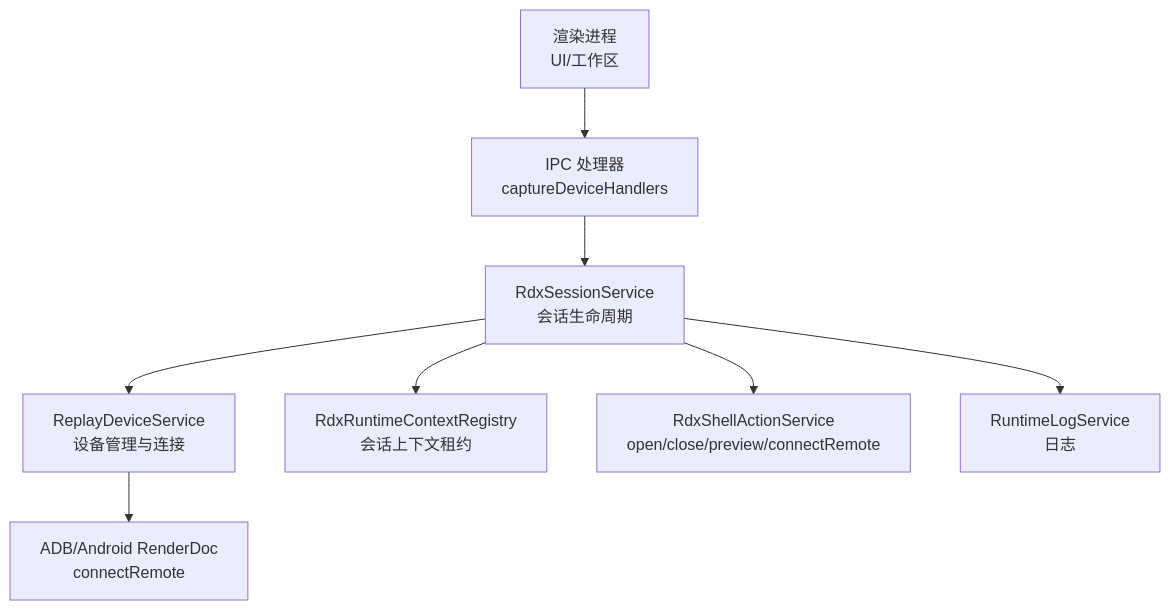
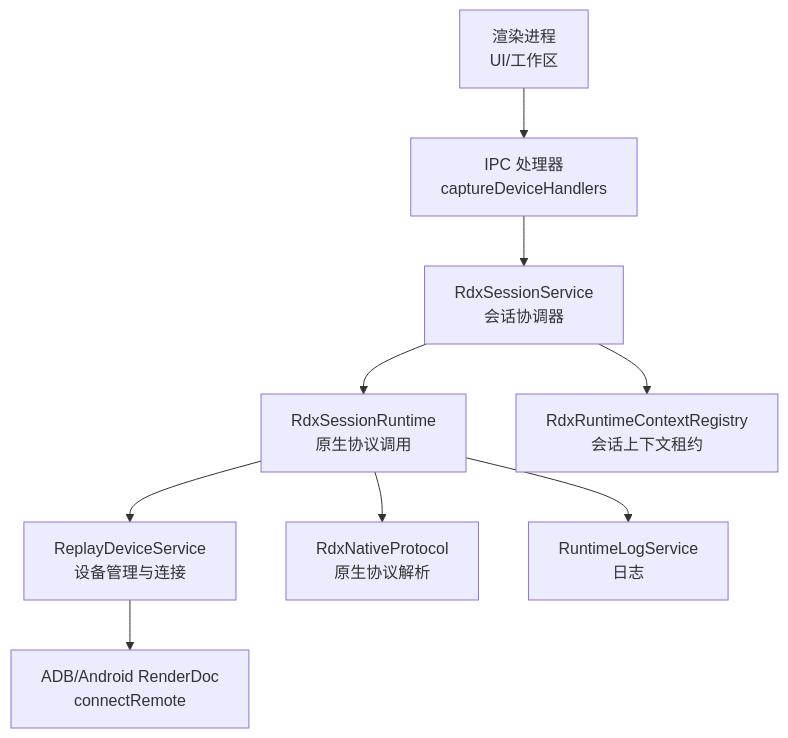
The first of 6 diagrams in .qoder/repowiki/zh/content/核心模块/会话管理系统/会话生命周期管理.md (haolange/RDC-Agent), drawn with Mermaid before and after one commit. The commit also changed other lines of this file and 221 other files, not shown here.

````diff
--- a/.qoder/repowiki/zh/content/核心模块/会话管理系统/会话生命周期管理.md
+++ b/.qoder/repowiki/zh/content/核心模块/会话管理系统/会话生命周期管理.md
@@ -35,10 +43,11 @@
 ```mermaid
 graph TB
 UI["渲染进程<br/>UI/工作区"] --> IPC["IPC 处理器<br/>captureDeviceHandlers"]
-IPC --> Svc["RdxSessionService<br/>会话生命周期"]
-Svc --> Dev["ReplayDeviceService<br/>设备管理与连接"]
+IPC --> Svc["RdxSessionService<br/>会话协调器"]
+Svc --> Runtime["RdxSessionRuntime<br/>原生协议调用"]
+Runtime --> Dev["ReplayDeviceService<br/>设备管理与连接"]
+Runtime --> Native["RdxNativeProtocol<br/>原生协议解析"]
 Svc --> Ctx["RdxRuntimeContextRegistry<br/>会话上下文租约"]
-Svc --> Shell["RdxShellActionService<br/>open/close/preview/connectRemote"]
 Dev --> ADB["ADB/Android RenderDoc<br/>connectRemote"]
-Svc --> Log["RuntimeLogService<br/>日志"]
+Runtime --> Log["RuntimeLogService<br/>日志"]
 ```
````
